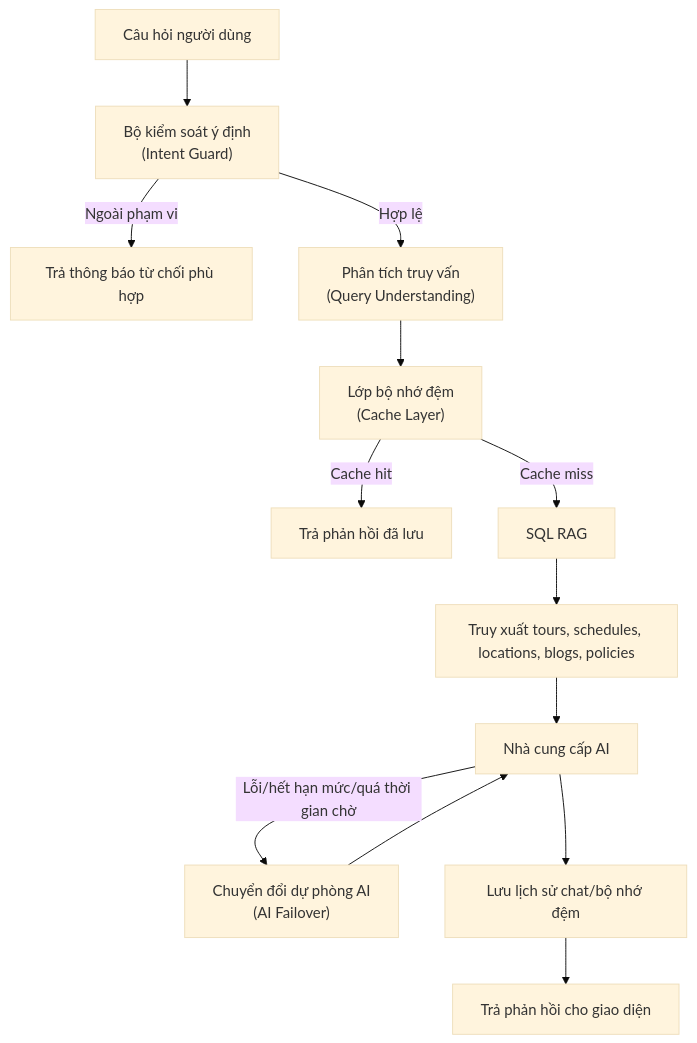
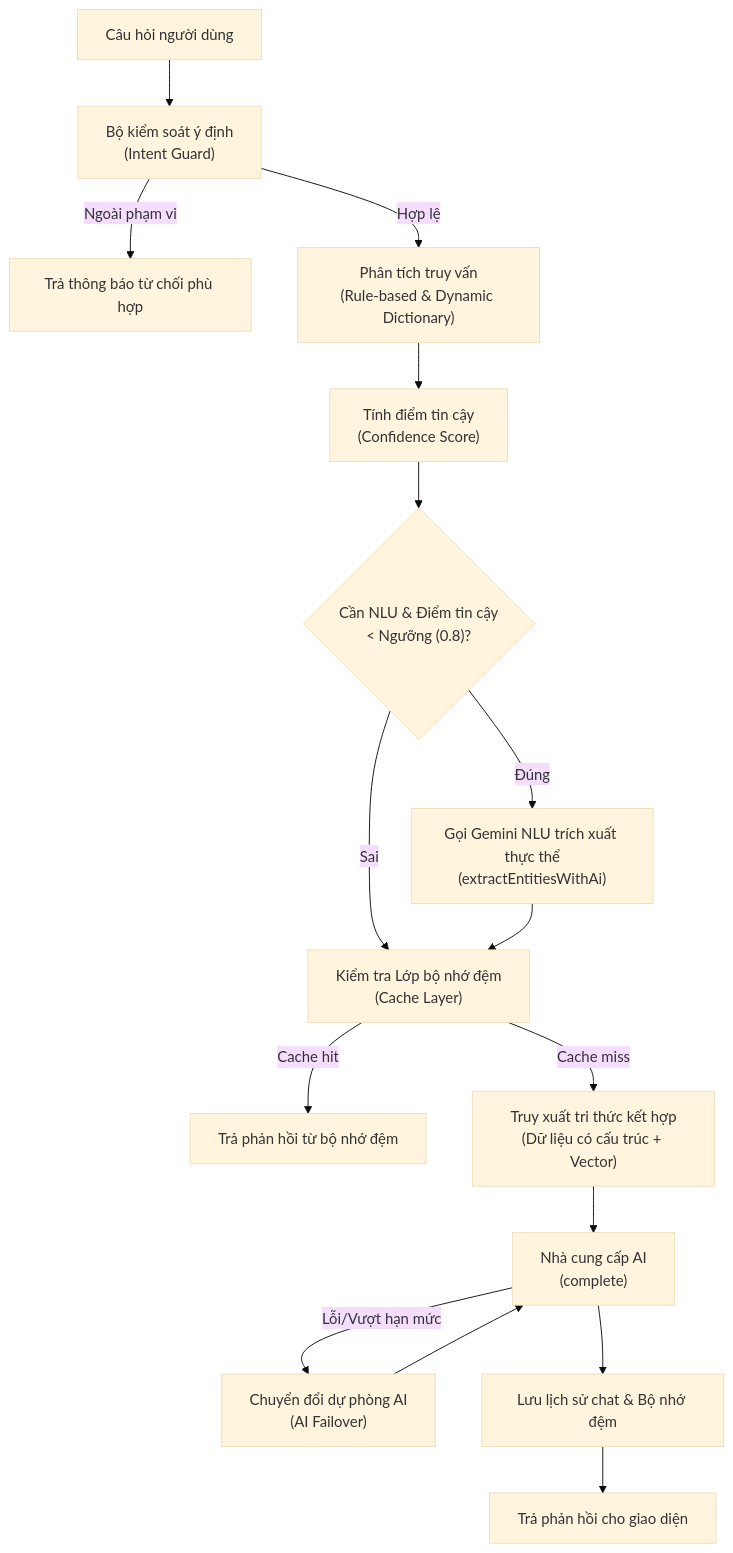
One commit to TayDuyNguyen/DATN_Document changed the seventh of 9 diagrams in bao-cao-do-an-danangtrip-md/03_chuong_2_phan_tich_thiet_ke_he_thong.md. Above: the diagram before and after it, drawn with Mermaid (base theme). The commit also changed other lines of this file and 11 other files, not shown here.

````diff
--- a/bao-cao-do-an-danangtrip-md/03_chuong_2_phan_tich_thiet_ke_he_thong.md
+++ b/bao-cao-do-an-danangtrip-md/03_chuong_2_phan_tich_thiet_ke_he_thong.md
@@ -441,15 +482,18 @@
 ```mermaid
 flowchart TD
     A["Câu hỏi người dùng"] --> B["Bộ kiểm soát ý định\n(Intent Guard)"]
     B -->|Ngoài phạm vi| C["Trả thông báo từ chối phù hợp"]
-    B -->|Hợp lệ| D["Phân tích truy vấn\n(Query Understanding)"]
-    D --> E["Lớp bộ nhớ đệm\n(Cache Layer)"]
-    E -->|Cache hit| F["Trả phản hồi đã lưu"]
-    E -->|Cache miss| G["SQL RAG"]
-    G --> H["Truy xuất tours, schedules, locations, blogs, policies"]
-    H --> I["Nhà cung cấp AI"]
-    I -->|Lỗi/hết hạn mức/quá thời gian chờ| J["Chuyển đổi dự phòng AI\n(AI Failover)"]
-    J --> I
-    I --> K["Lưu lịch sử chat/bộ nhớ đệm"]
-    K --> L["Trả phản hồi cho giao diện"]
+    B -->|Hợp lệ| D["Phân tích truy vấn\n(Rule-based & Dynamic Dictionary)"]
+    D --> E["Tính điểm tin cậy\n(Confidence Score)"]
+    E --> F{"Cần NLU & Điểm tin cậy\n< Ngưỡng (0.8)?"}
+    F -->|Đúng| G["Gọi Gemini NLU trích xuất thực thể\n(extractEntitiesWithAi)"]
+    F -->|Sai| H["Kiểm tra Lớp bộ nhớ đệm\n(Cache Layer)"]
+    G --> H
+    H -->|Cache hit| I["Trả phản hồi từ bộ nhớ đệm"]
+    H -->|Cache miss| J["Truy xuất tri thức kết hợp\n(Dữ liệu có cấu trúc + Vector)"]
+    J --> K["Nhà cung cấp AI\n(complete)"]
+    K -->|Lỗi/Vượt hạn mức| L["Chuyển đổi dự phòng AI\n(AI Failover)"]
+    L --> K
+    K --> M["Lưu lịch sử chat & Bộ nhớ đệm"]
+    M --> N["Trả phản hồi cho giao diện"]
 ```
````
